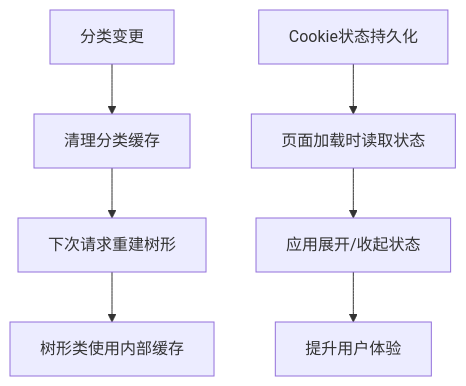
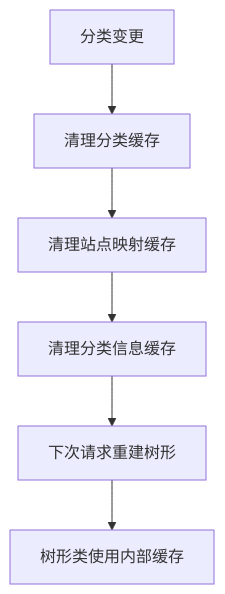
One commit to lirongyaoper/lryblog.com changed the ninth of 10 diagrams in .qoder/repowiki/zh/content/后台管理模块/分类管理/分类管理.md. Above: the diagram before and after it, drawn with Mermaid. The commit also changed other lines of this file and 13 other files, not shown here.

````diff
--- a/.qoder/repowiki/zh/content/后台管理模块/分类管理/分类管理.md
+++ b/.qoder/repowiki/zh/content/后台管理模块/分类管理/分类管理.md
@@ -342,9 +325,8 @@
 ```mermaid
 flowchart TD
 Change["分类变更"] --> ClearCache["清理分类缓存"]
-ClearCache --> Rebuild["下次请求重建树形"]
+ClearCache --> SiteMapping["清理站点映射缓存"]
+SiteMapping --> CategoryInfo["清理分类信息缓存"]
+CategoryInfo --> Rebuild["下次请求重建树形"]
 Rebuild --> UseCache["树形类使用内部缓存"]
-Cookie["Cookie状态持久化"] --> LoadState["页面加载时读取状态"]
-LoadState --> ApplyState["应用展开/收起状态"]
-ApplyState --> UserExperience["提升用户体验"]
 ```
````
